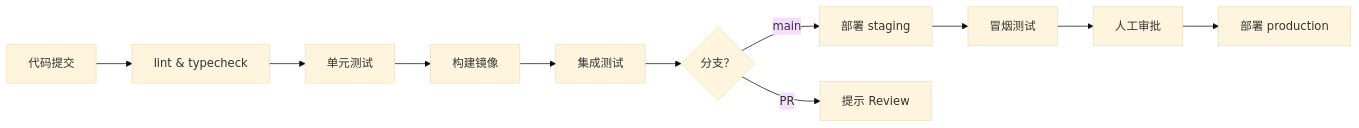
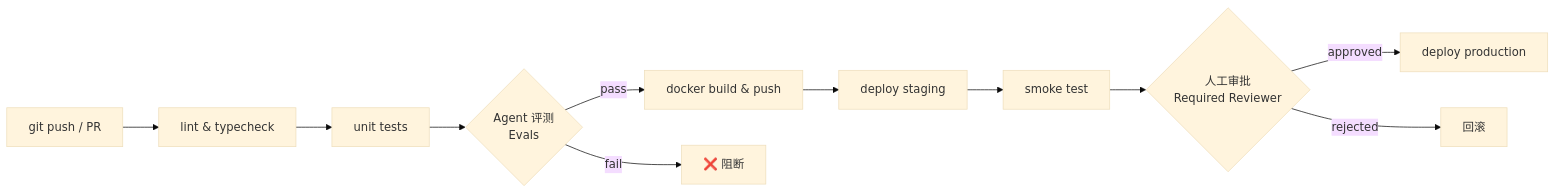
Before and after one commit to AmbitionC/front-end-journey-resource: the diagram in knowledge/backend/devops/cicd-pipeline.md, drawn with Mermaid (base theme). The commit also changed other lines of this file and 60 other files, not shown here.

````diff
--- a/knowledge/backend/devops/cicd-pipeline.md
+++ b/knowledge/backend/devops/cicd-pipeline.md
@@ -15,13 +21,13 @@
 ```mermaid
-graph LR
-    A[代码提交] --> B[lint & typecheck]
-    B --> C[单元测试]
-    C --> D[构建镜像]
-    D --> E[集成测试]
-    E --> F{分支？}
-    F -- main --> G[部署 staging]
-    G --> H[冒烟测试]
-    H --> I[人工审批]
-    I --> J[部署 production]
-    F -- PR --> K[提示 Review]
+flowchart LR
+    A[git push / PR] --> B[lint & typecheck]
+    B --> C[unit tests]
+    C --> D{Agent 评测\nEvals}
+    D -- pass --> E[docker build & push]
+    D -- fail --> X[❌ 阻断]
+    E --> F[deploy staging]
+    F --> G[smoke test]
+    G --> H{人工审批\nRequired Reviewer}
+    H -- approved --> I[deploy production]
+    H -- rejected --> Y[回滚]
 ```
````
